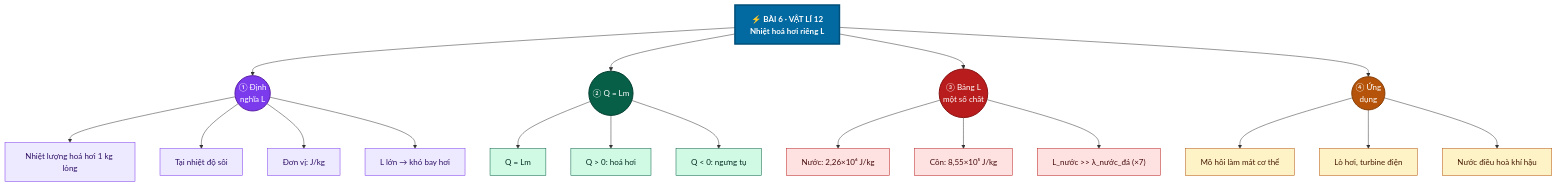
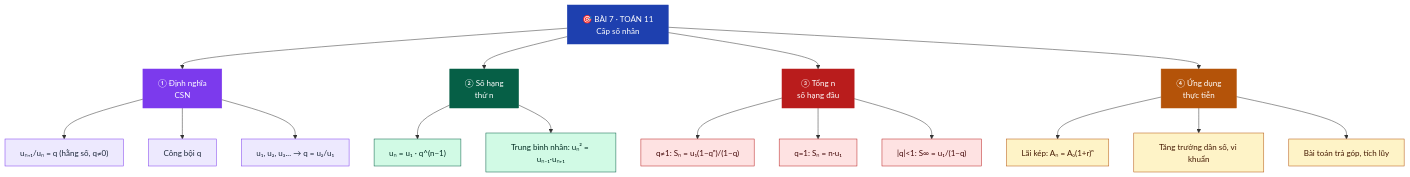
One commit to Trangtu66/Taode_thi_online changed diagram 18 of 30 in README.md. Above: the diagram before and after it, drawn with Mermaid. The commit also changed other lines of this file, not shown here.

Commit message:
Chuan hoa bo sung 30 mindmap Mermaid Toan 10/11/12 + Vatli 12

````diff
--- a/README.md
+++ b/README.md
@@ -378,45 +689,33 @@
 ```mermaid
 graph TD
-    Goc["⚡ BÀI 6 · VẬT LÍ 12\nNhiệt hoá hơi riêng L"]
+    G["🎯 BÀI 7 · TOÁN 11<br/>Cấp số nhân"]:::root
+    G --> A["① Định nghĩa<br/>CSN"]:::n1
+    G --> B["② Số hạng<br/>thứ n"]:::n2
+    G --> C["③ Tổng n<br/>số hạng đầu"]:::n3
+    G --> D["④ Ứng dụng<br/>thực tiễn"]:::n4
 
-    Goc --> B1(("① Định\nnghĩa L"))
-    Goc --> B2(("② Q = Lm"))
-    Goc --> B3(("③ Bảng L\nmột số chất"))
-    Goc --> B4(("④ Ứng\ndụng"))
+    A --> A1["uₙ₊₁/uₙ = q (hằng số, q≠0)"]:::l1
+    A --> A2["Công bội q"]:::l1
+    A --> A3["u₁, u₂, u₃... → q = u₂/u₁"]:::l1
 
-    B1 --> B1a["Nhiệt lượng hoá hơi 1 kg lỏng"]
-    B1 --> B1b["Tại nhiệt độ sôi"]
-    B1 --> B1c["Đơn vị: J/kg"]
-    B1 --> B1d["L lớn → khó bay hơi"]
+    B --> B1["uₙ = u₁ · q^(n−1)"]:::l2
+    B --> B2["Trung bình nhân: uₙ² = uₙ₋₁·uₙ₊₁"]:::l2
 
-    B2 --> B2a["Q = Lm"]
-    B2 --> B2b["Q > 0: hoá hơi"]
-    B2 --> B2c["Q < 0: ngưng tụ"]
+    C --> C1["q≠1: Sₙ = u₁(1−qⁿ)/(1−q)"]:::l3
+    C --> C2["q=1: Sₙ = n·u₁"]:::l3
+    C --> C3["|q|<1: S∞ = u₁/(1−q)"]:::l3
 
-    B3 --> B3a["Nước: 2,26×10⁶ J/kg"]
-    B3 --> B3b["Cồn: 8,55×10⁵ J/kg"]
-    B3 --> B3c["L_nước >> λ_nước_đá (×7)"]
+    D --> D1["Lãi kép: Aₙ = A₀(1+r)ⁿ"]:::l4
+    D --> D2["Tăng trưởng dân số, vi khuẩn"]:::l4
+    D --> D3["Bài toán trả góp, tích lũy"]:::l4
 
-    B4 --> B4a["Mồ hôi làm mát cơ thể"]
-    B4 --> B4b["Lò hơi, turbine điện"]
-    B4 --> B4c["Nước điều hoà khí hậu"]
-
-    style Goc fill:#0369A1,stroke:#024f7a,stroke-width:3px,color:#fff,font-weight:bold
-    style B1 fill:#7C3AED,stroke:#5b1fa8,stroke-width:2px,color:#fff
-    style B2 fill:#065F46,stroke:#044032,stroke-width:2px,color:#fff
-    style B3 fill:#B91C1C,stroke:#8a1414,stroke-width:2px,color:#fff
-    style B4 fill:#B45309,stroke:#863e06,stroke-width:2px,color:#fff
-    style B1a fill:#EDE9FE,stroke:#7C3AED,color:#2e1065
-    style B1b fill:#EDE9FE,stroke:#7C3AED,color:#2e1065
-    style B1c fill:#EDE9FE,stroke:#7C3AED,color:#2e1065
-    style B1d fill:#EDE9FE,stroke:#7C3AED,color:#2e1065
-    style B2a fill:#D1FAE5,stroke:#065F46,color:#022c22
-    style B2b fill:#D1FAE5,stroke:#065F46,color:#022c22
-    style B2c fill:#D1FAE5,stroke:#065F46,color:#022c22
-    style B3a fill:#FEE2E2,stroke:#B91C1C,color:#450a0a
-    style B3b fill:#FEE2E2,stroke:#B91C1C,color:#450a0a
-    style B3c fill:#FEE2E2,stroke:#B91C1C,color:#450a0a
-    style B4a fill:#FEF3C7,stroke:#B45309,color:#451a03
-    style B4b fill:#FEF3C7,stroke:#B45309,color:#451a03
-    style B4c fill:#FEF3C7,stroke:#B45309,color:#451a03
+    classDef root fill:#1E40AF,color:#fff,stroke:#1E40AF
+    classDef n1 fill:#7C3AED,color:#fff,stroke:#7C3AED
+    classDef n2 fill:#065F46,color:#fff,stroke:#065F46
+    classDef n3 fill:#B91C1C,color:#fff,stroke:#B91C1C
+    classDef n4 fill:#B45309,color:#fff,stroke:#B45309
+    classDef l1 fill:#EDE9FE,color:#1E293B,stroke:#7C3AED
+    classDef l2 fill:#D1FAE5,color:#022c22,stroke:#065F46
+    classDef l3 fill:#FEE2E2,color:#450a0a,stroke:#B91C1C
+    classDef l4 fill:#FEF3C7,color:#451a03,stroke:#B45309
 ```
````
